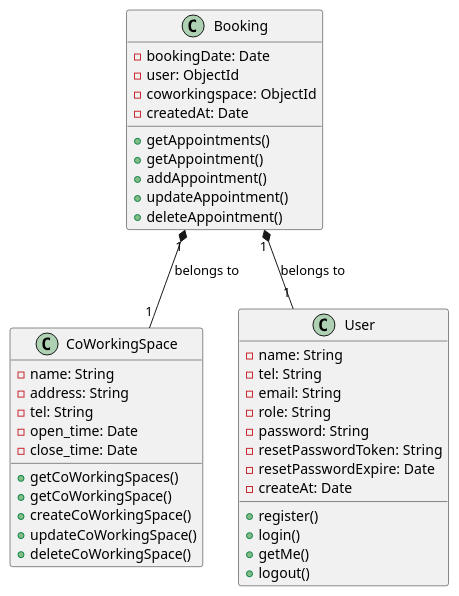
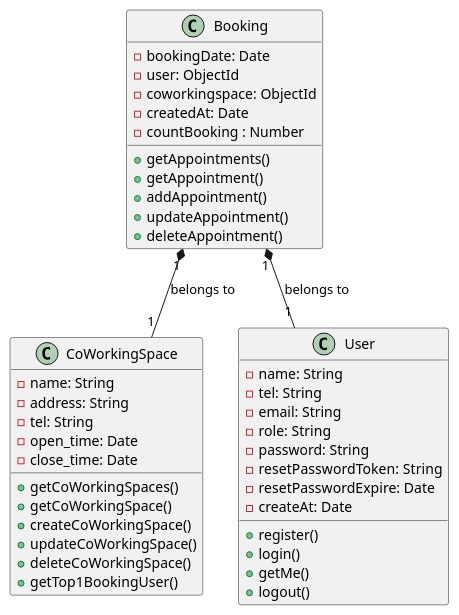
The diagram in classDiagram.puml (2110503TACEDT66/presentation-day-1-nongearnproject), drawn with PlantUML before and after one commit.

Commit message:
clasDiagram

```diff
--- a/classDiagram.puml
+++ b/classDiagram.puml
@@ -1,46 +1,48 @@
 @startuml
 
 class Booking {
     - bookingDate: Date
     - user: ObjectId
     - coworkingspace: ObjectId
     - createdAt: Date
+    - countBooking : Number
     + getAppointments()
     + getAppointment()
     + addAppointment()
     + updateAppointment()
     + deleteAppointment()
 }
 
 class CoWorkingSpace {
     - name: String
     - address: String
     - tel: String
     - open_time: Date
     - close_time: Date
     + getCoWorkingSpaces()
     + getCoWorkingSpace()
     + createCoWorkingSpace()
     + updateCoWorkingSpace()
     + deleteCoWorkingSpace()
+    + getTop1BookingUser()
 }
 
 class User {
     - name: String
     - tel: String
     - email: String
     - role: String
     - password: String
     - resetPasswordToken: String
     - resetPasswordExpire: Date
     - createAt: Date
     + register()
     + login()
     + getMe()
     + logout()
 }
 
 Booking "1" *-- "1" CoWorkingSpace : belongs to
 Booking "1" *-- "1" User : belongs to
 
 @enduml
```
